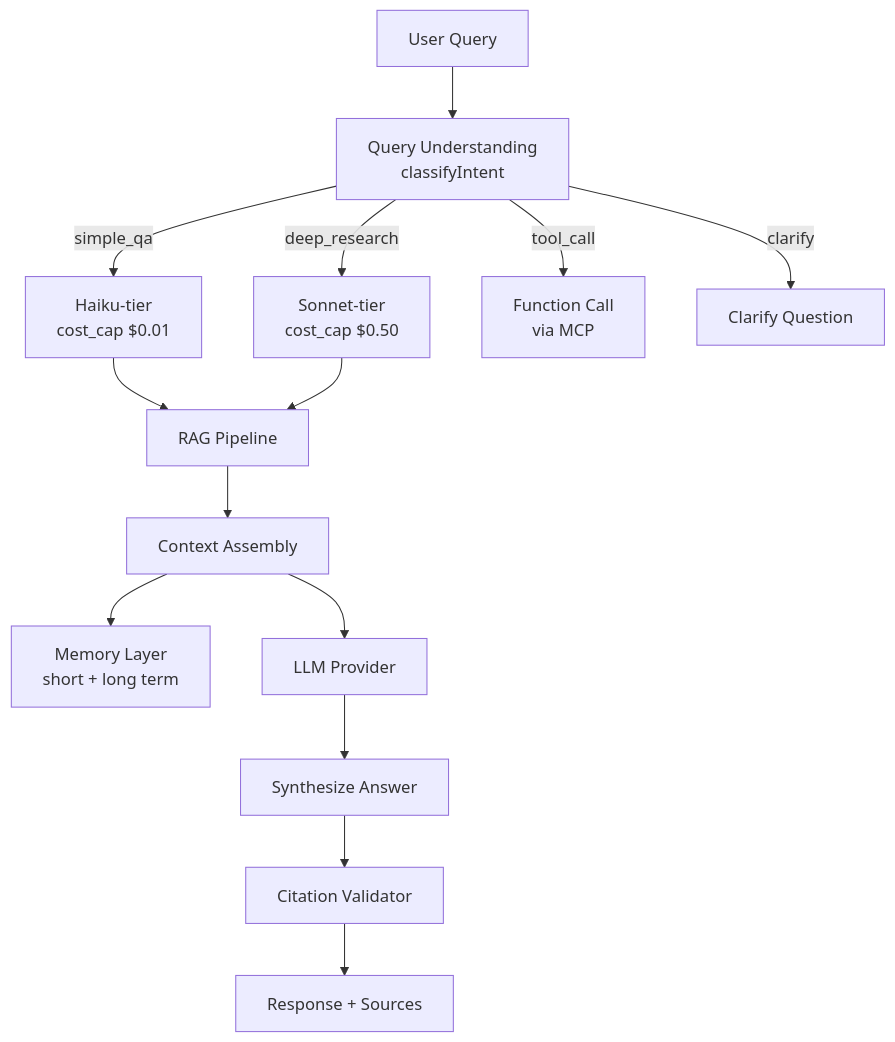
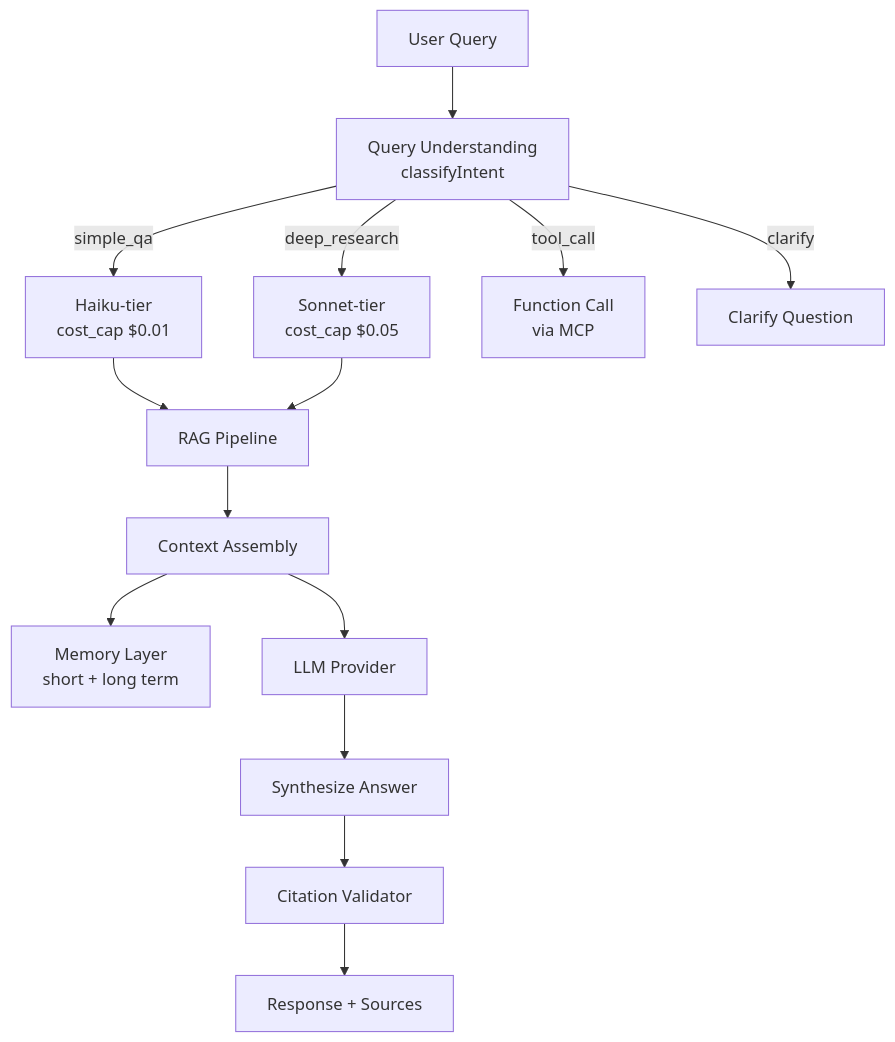
The first of 2 diagrams in docs/prd/epic/03_Ask_Agent.md (ZedeX/nova-invest), drawn with Mermaid before and after one commit. The commit also changed other lines of this file and 9 other files, not shown here.

First line of the commit message:
docs: fix 5 cross-epic conflicts identified by architecture-review

````diff
--- a/docs/prd/epic/03_Ask_Agent.md
+++ b/docs/prd/epic/03_Ask_Agent.md
@@ -52,17 +52,17 @@
 ```mermaid
 flowchart TB
     U[User Query] --> QU[Query Understanding<br/>classifyIntent]
     QU -->|simple_qa| H[Haiku-tier<br/>cost_cap $0.01]
-    QU -->|deep_research| S[Sonnet-tier<br/>cost_cap $0.50]
+    QU -->|deep_research| S[Sonnet-tier<br/>cost_cap $0.05]
     QU -->|tool_call| TC[Function Call<br/>via MCP]
     QU -->|clarify| CL[Clarify Question]
 
     H --> RAG1[RAG Pipeline]
     S --> RAG1
     RAG1 --> CTX[Context Assembly]
     CTX --> MEM[Memory Layer<br/>short + long term]
     CTX --> LLM[LLM Provider]
     LLM --> SYN[Synthesize Answer]
     SYN --> CIT[Citation Validator]
     CIT --> RES[Response + Sources]
 ```
````
